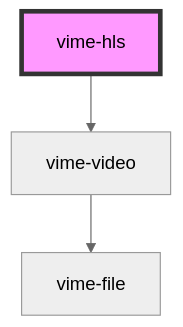
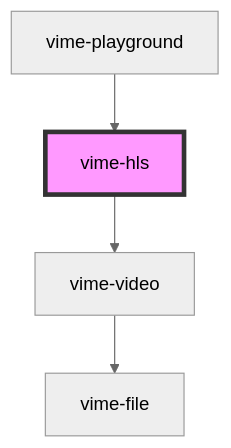
The diagram in docs/docs/components/providers/hls.md (vime-js/vime), drawn with Mermaid (neutral theme) before and after one commit. The commit also changed other lines of this file and 37 other files, not shown here.

Commit message:
feat: new `vime-playground` component for testing and playing with vime

````diff
--- a/docs/docs/components/providers/hls.md
+++ b/docs/docs/components/providers/hls.md
@@ -219,6 +223,7 @@
 ```mermaid
 graph TD;
   vime-hls --> vime-video
   vime-video --> vime-file
+  vime-playground --> vime-hls
   style vime-hls fill:#f9f,stroke:#333,stroke-width:4px
 ```
````
